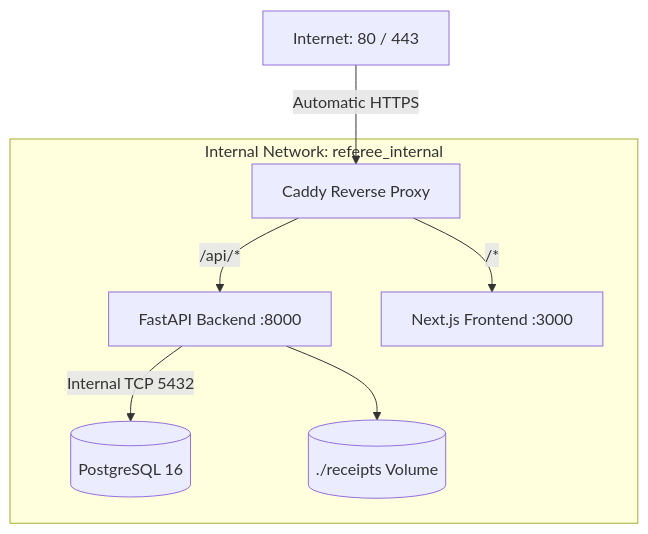
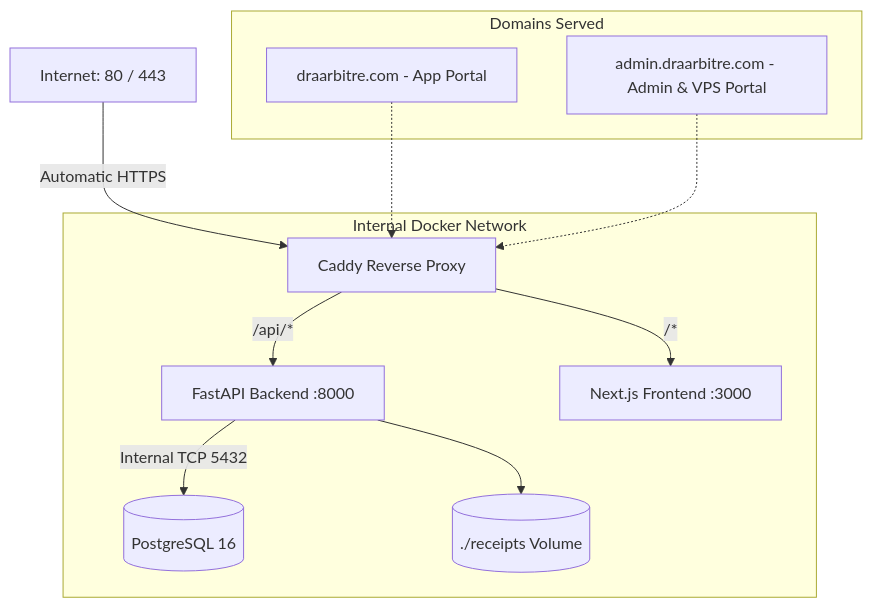
Before and after one commit to aminedev99/referee-app: the diagram in DEPLOY.md, drawn with Mermaid. The commit also changed other lines of this file and 4 other files, not shown here.

Commit message:
feat: configure multi-domain support for draarbitre.com and admin.draarbitre.com

````diff
--- a/DEPLOY.md
+++ b/DEPLOY.md
@@ -112,10 +134,16 @@
 ```mermaid
 flowchart TD
     Internet[Internet: 80 / 443] -->|Automatic HTTPS| Caddy[Caddy Reverse Proxy]
-    subgraph referee_internal [Internal Network: referee_internal]
+    subgraph Domains Served
+        D1[draarbitre.com - App Portal]
+        D2[admin.draarbitre.com - Admin & VPS Portal]
+    end
+    D1 -.-> Caddy
+    D2 -.-> Caddy
+    subgraph referee_internal [Internal Docker Network]
         Caddy -->|/api/*| Backend[FastAPI Backend :8000]
         Caddy -->|/*| Frontend[Next.js Frontend :3000]
         Backend -->|Internal TCP 5432| DB[(PostgreSQL 16)]
         Backend --> ReceiptsVol[(./receipts Volume)]
     end
 ```
````
